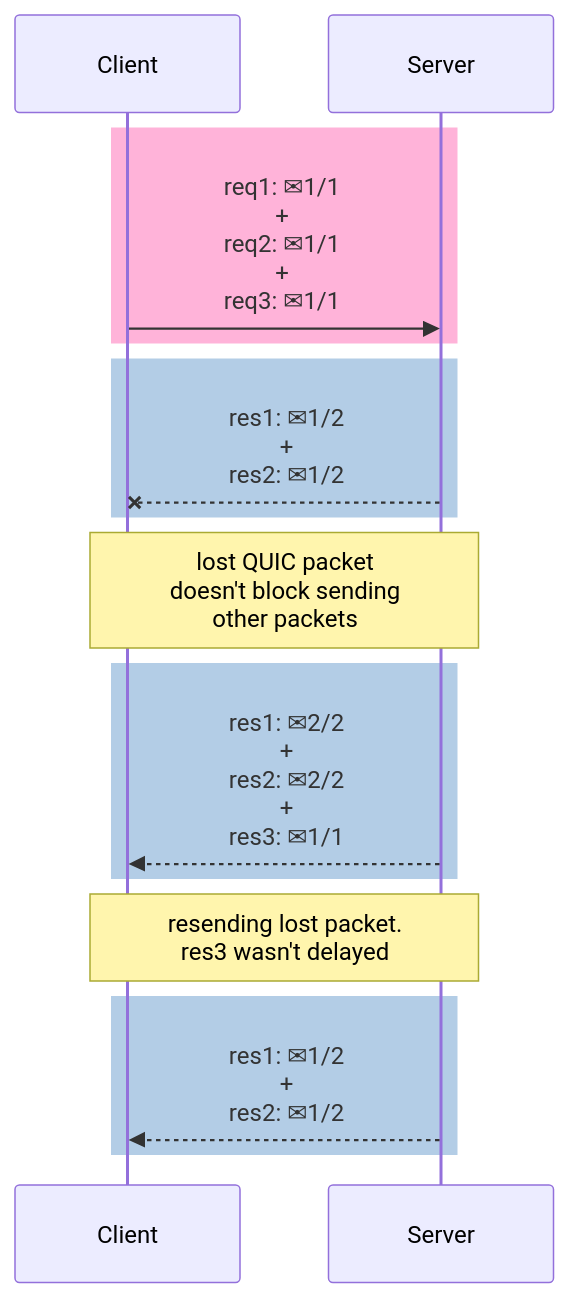
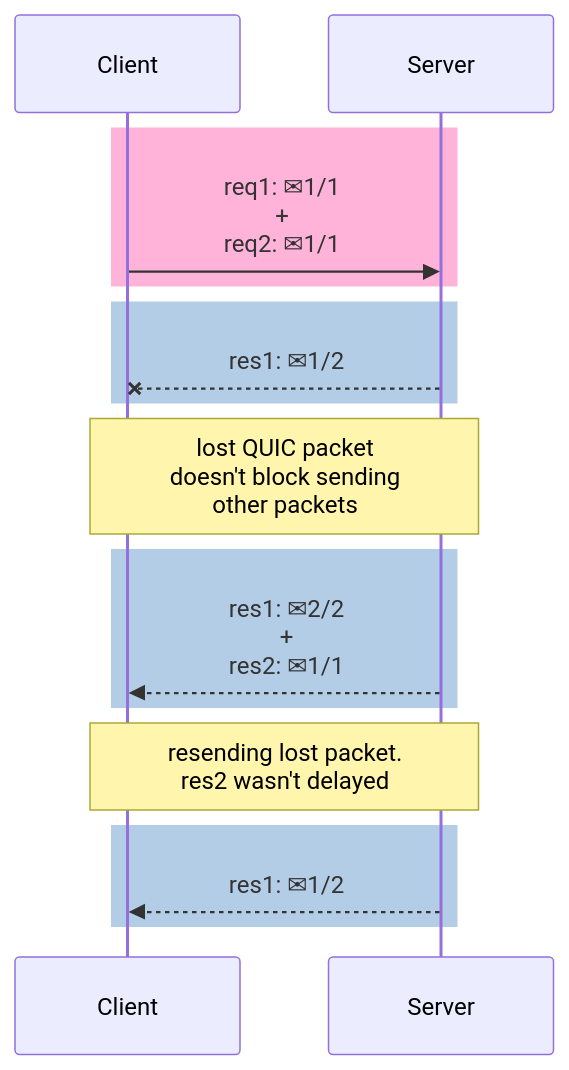
Before and after one commit to alexandrehtrb/alexandrehtrb.github.io: the fourth of 4 diagrams in src/posts/2024/03/http2-and-http3-explained.md, drawn with Mermaid. The commit also changed 1 other file, not shown here.

Commit message:
article: simplify http3 packets diagram

````diff
--- a/src/posts/2024/03/http2-and-http3-explained.md
+++ b/src/posts/2024/03/http2-and-http3-explained.md
@@ -176,17 +176,17 @@
 ```mermaid
 sequenceDiagram
     rect rgb(255, 179, 217)
-        Client->>Server: req1: #9993;1/1<br>+<br>req2: #9993;1/1<br>+<br>req3: #9993;1/1
+        Client->>Server: req1: #9993;1/1<br>+<br>req2: #9993;1/1
     end
     rect rgb(179, 205, 230)
-        Server--xClient: res1: #9993;1/2<br>+<br>res2: #9993;1/2
+        Server--xClient: res1: #9993;1/2
     end
     Note over Client,Server: lost QUIC packet<br>doesn't block sending<br>other packets
     rect rgb(179, 205, 230)
-        Server-->>Client: res1: #9993;2/2<br>+<br>res2: #9993;2/2<br>+<br>res3: #9993;1/1
+        Server-->>Client: res1: #9993;2/2<br>+<br>res2: #9993;1/1
     end
-    Note over Client,Server: resending lost packet.<br>res3 wasn't delayed
+    Note over Client,Server: resending lost packet.<br>res2 wasn't delayed
     rect rgb(179, 205, 230)
-        Server-->>Client: res1: #9993;1/2<br>+<br>res2: #9993;1/2
+        Server-->>Client: res1: #9993;1/2
     end
 ```
````
